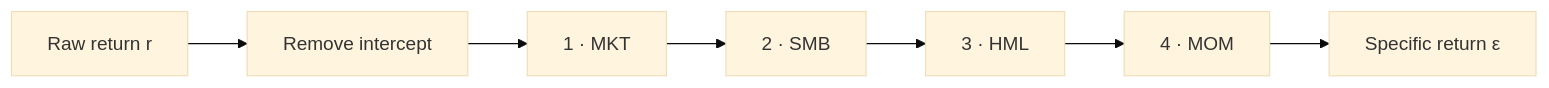
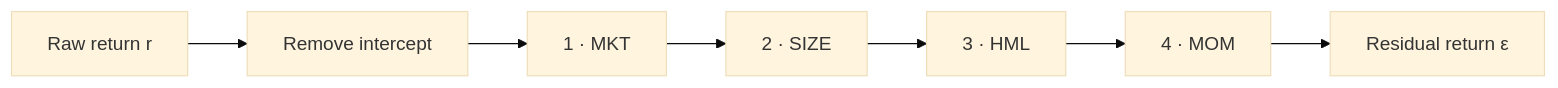
One commit to jylin/resid2 changed the second of 2 diagrams in site/walkthrough.qmd. Above: the diagram before and after it, drawn with Mermaid (base theme). The commit also changed other lines of this file and 11 other files, not shown here.

````diff
--- a/site/walkthrough.qmd
+++ b/site/walkthrough.qmd
@@ -255,9 +319,9 @@
 ```{mermaid}
 flowchart LR
     raw["Raw return r"] --> center["Remove intercept"]
     center --> market["1 · MKT"]
-    market --> size["2 · SMB"]
+    market --> size["2 · SIZE"]
     size --> value["3 · HML"]
     value --> momentum["4 · MOM"]
-    momentum --> epsilon["Specific return ε"]
+    momentum --> epsilon["Residual return ε"]
 ```
````
